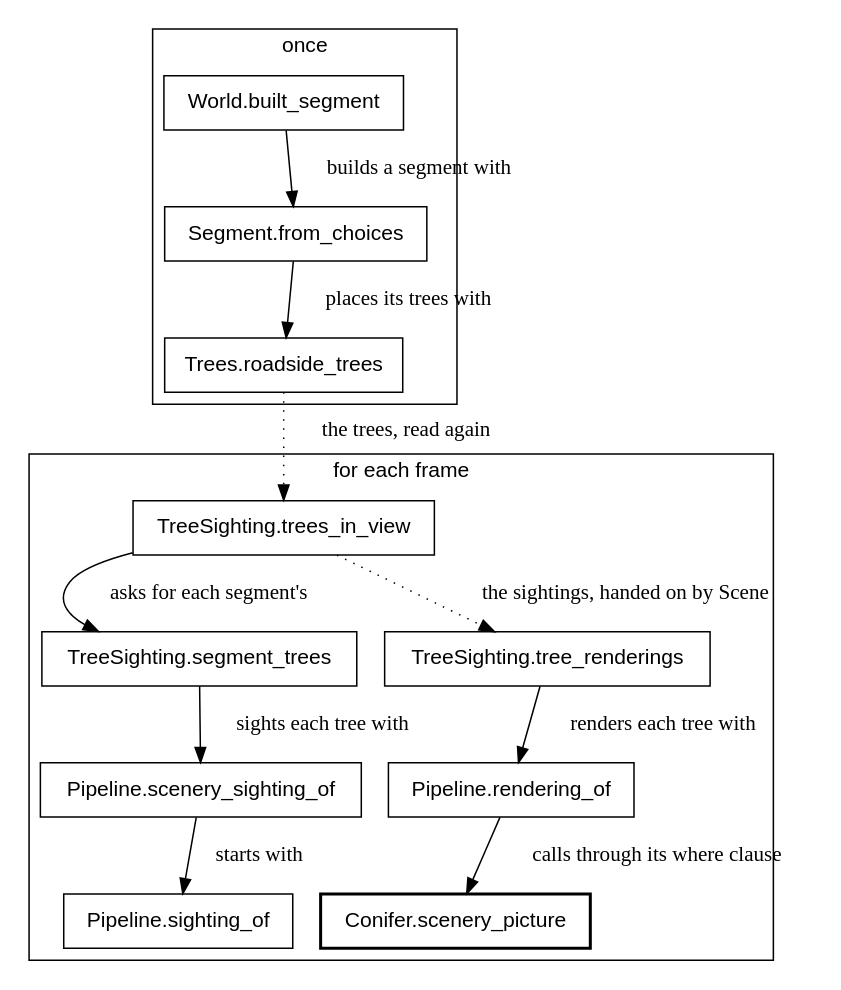
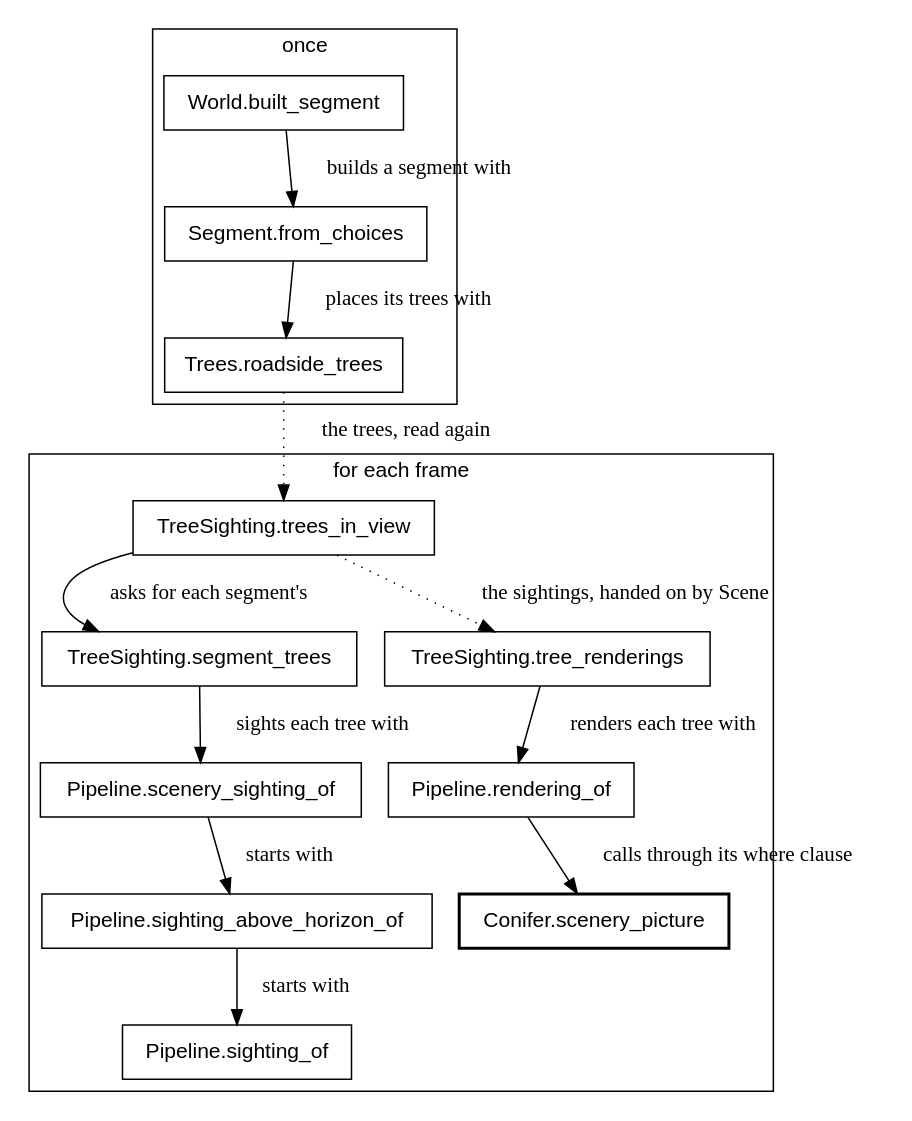
Before and after one commit to showell/roc-apps: the ninth of 30 diagrams in canvas_apps/safari/tutorial/tutorial.md, drawn with Graphviz. The commit also changed other lines of this file, not shown here.

````diff
--- a/canvas_apps/safari/tutorial/tutorial.md
+++ b/canvas_apps/safari/tutorial/tutorial.md
@@ -731,22 +730,23 @@
 ```dot
 digraph roadside {
   node [shape=box, fontname="Helvetica"];
   fontname="Helvetica";
   subgraph cluster_once {
     label="once";
     "World.built_segment" -> "Segment.from_choices" [label="  builds a segment with"];
     "Segment.from_choices" -> "Trees.roadside_trees" [label="  places its trees with"];
   }
   subgraph cluster_frame {
     label="for each frame";
     "TreeSighting.trees_in_view" -> "TreeSighting.segment_trees" [label="  asks for each segment's"];
     "TreeSighting.segment_trees" -> "Pipeline.scenery_sighting_of" [label="  sights each tree with"];
-    "Pipeline.scenery_sighting_of" -> "Pipeline.sighting_of" [label="  starts with"];
+    "Pipeline.scenery_sighting_of" -> "Pipeline.sighting_above_horizon_of" [label="  starts with"];
+    "Pipeline.sighting_above_horizon_of" -> "Pipeline.sighting_of" [label="  starts with"];
     "TreeSighting.tree_renderings" -> "Pipeline.rendering_of" [label="  renders each tree with"];
     "Pipeline.rendering_of" -> "Conifer.scenery_picture" [label="  calls through its where clause"];
   }
   "Trees.roadside_trees" -> "TreeSighting.trees_in_view" [style=dotted, label="  the trees, read again"];
   "TreeSighting.trees_in_view" -> "TreeSighting.tree_renderings" [style=dotted, label="  the sightings, handed on by Scene"];
   "Conifer.scenery_picture" [style=bold];
 }
 ```
````
